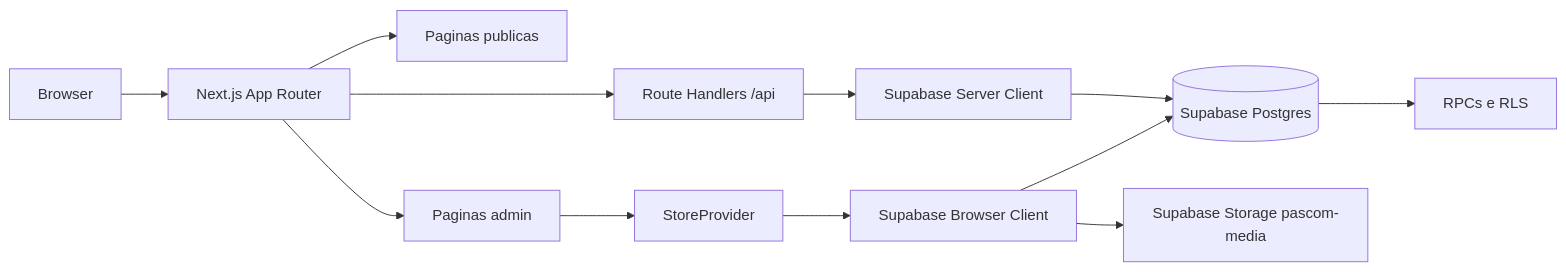
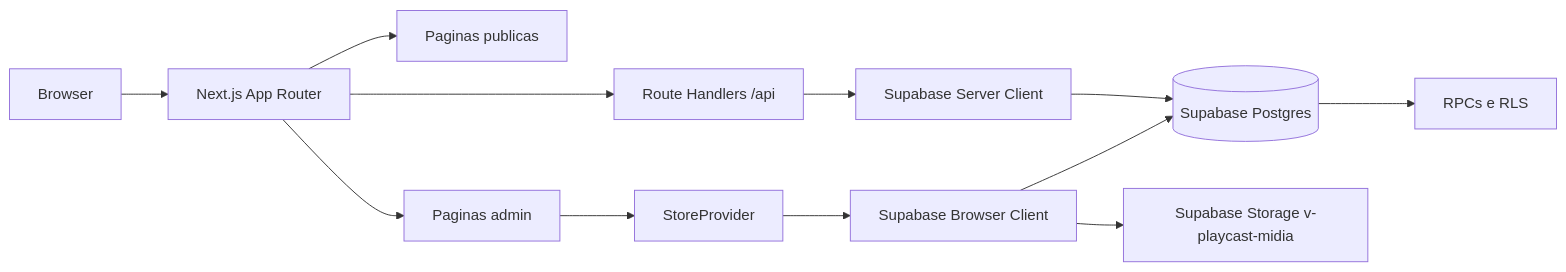
One commit to victorpessoa-dev/pascom-stream-view changed the diagram in docs/visao-geral.md. Above: the diagram before and after it, drawn with Mermaid. The commit also changed other lines of this file and 208 other files, not shown here.

````diff
--- a/docs/visao-geral.md
+++ b/docs/visao-geral.md
@@ -13,14 +15,14 @@
 ```mermaid
 flowchart LR
   Browser[Browser] --> Next[Next.js App Router]
   Next --> Public[Paginas publicas]
   Next --> Admin[Paginas admin]
   Next --> API[Route Handlers /api]
   Admin --> Store[StoreProvider]
   Store --> SupabaseBrowser[Supabase Browser Client]
   API --> SupabaseServer[Supabase Server Client]
   SupabaseBrowser --> DB[(Supabase Postgres)]
   SupabaseServer --> DB
   DB --> RPC[RPCs e RLS]
-  SupabaseBrowser --> Storage[Supabase Storage pascom-media]
+  SupabaseBrowser --> Storage[Supabase Storage v-playcast-midia]
 ```
````
